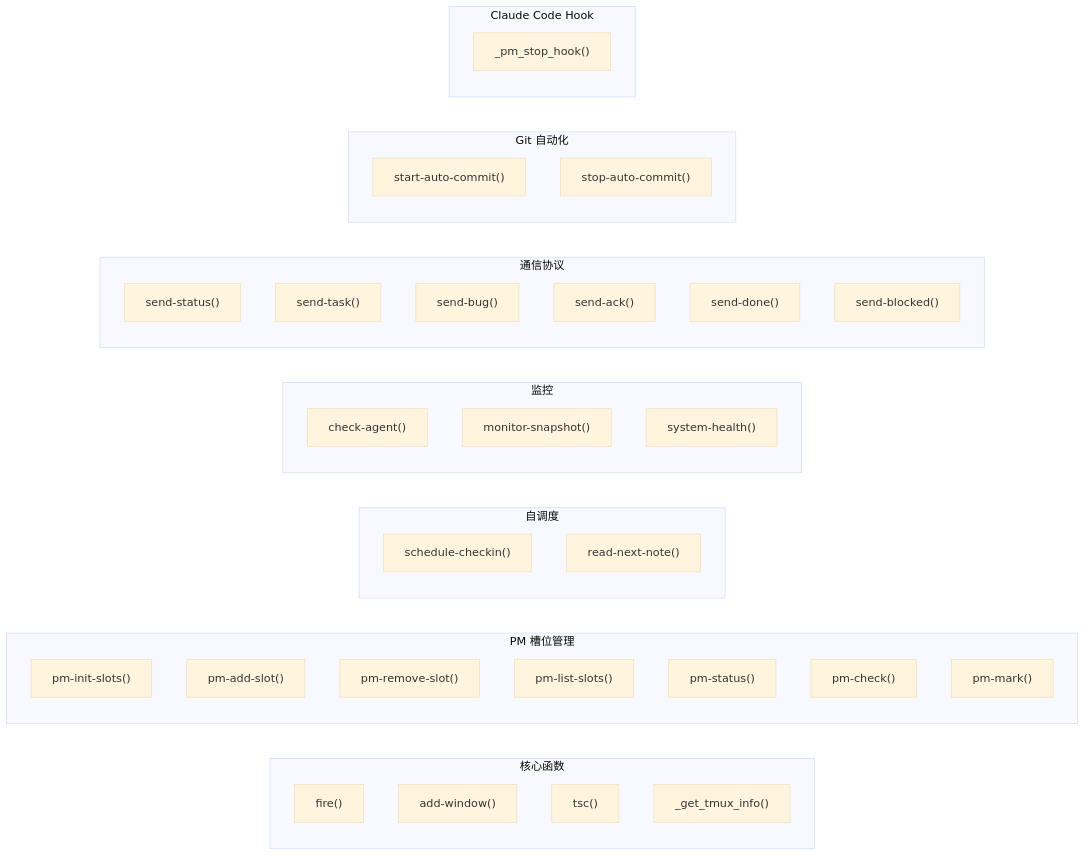
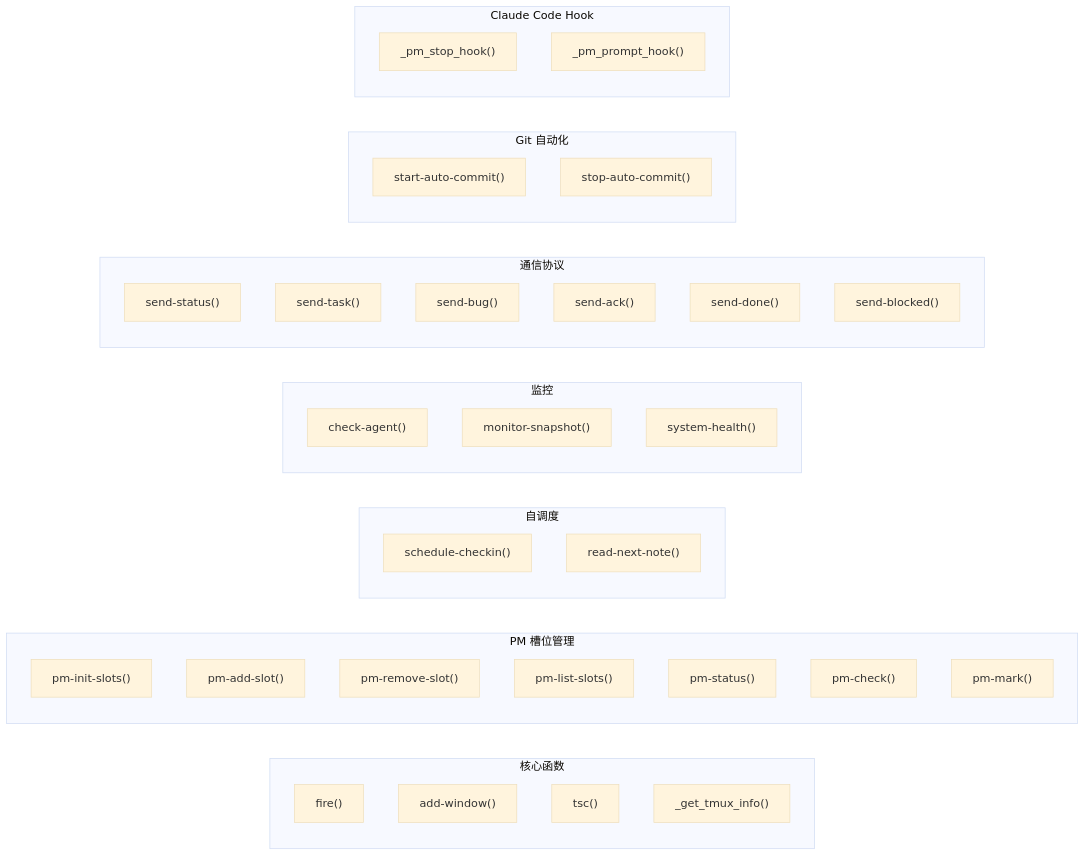
The fourth of 4 diagrams in CLAUDE.md (coolwoo/Tmux-AI-Team), drawn with Mermaid (base theme) before and after one commit. The commit also changed other lines of this file and 28 other files, not shown here.

First line of the commit message:
refactor: 重构斜杠命令为分层目录结构，添加 Prompt Hook

````diff
--- a/CLAUDE.md
+++ b/CLAUDE.md
@@ -237,48 +258,49 @@
 ```mermaid
 graph LR
     subgraph Core["核心函数"]
         fire["fire()"]
         addwin["add-window()"]
         tsc["tsc()"]
         getinfo["_get_tmux_info()"]
     end
 
     subgraph PMSlots["PM 槽位管理"]
         init["pm-init-slots()"]
         add["pm-add-slot()"]
         remove["pm-remove-slot()"]
         list["pm-list-slots()"]
         pmstatus["pm-status()"]
         pmcheck["pm-check()"]
         pmmark["pm-mark()"]
     end
 
     subgraph Schedule["自调度"]
         sched["schedule-checkin()"]
         note["read-next-note()"]
     end
 
     subgraph Monitor["监控"]
         check["check-agent()"]
         snap["monitor-snapshot()"]
         health["system-health()"]
     end
 
     subgraph Comm["通信协议"]
         status["send-status()"]
         task["send-task()"]
         bug["send-bug()"]
         ack["send-ack()"]
         done["send-done()"]
         blocked["send-blocked()"]
     end
 
     subgraph Git["Git 自动化"]
         start["start-auto-commit()"]
         stop["stop-auto-commit()"]
     end
 
     subgraph Hooks["Claude Code Hook"]
         stophook["_pm_stop_hook()"]
+        prompthook["_pm_prompt_hook()"]
     end
 ```
````
